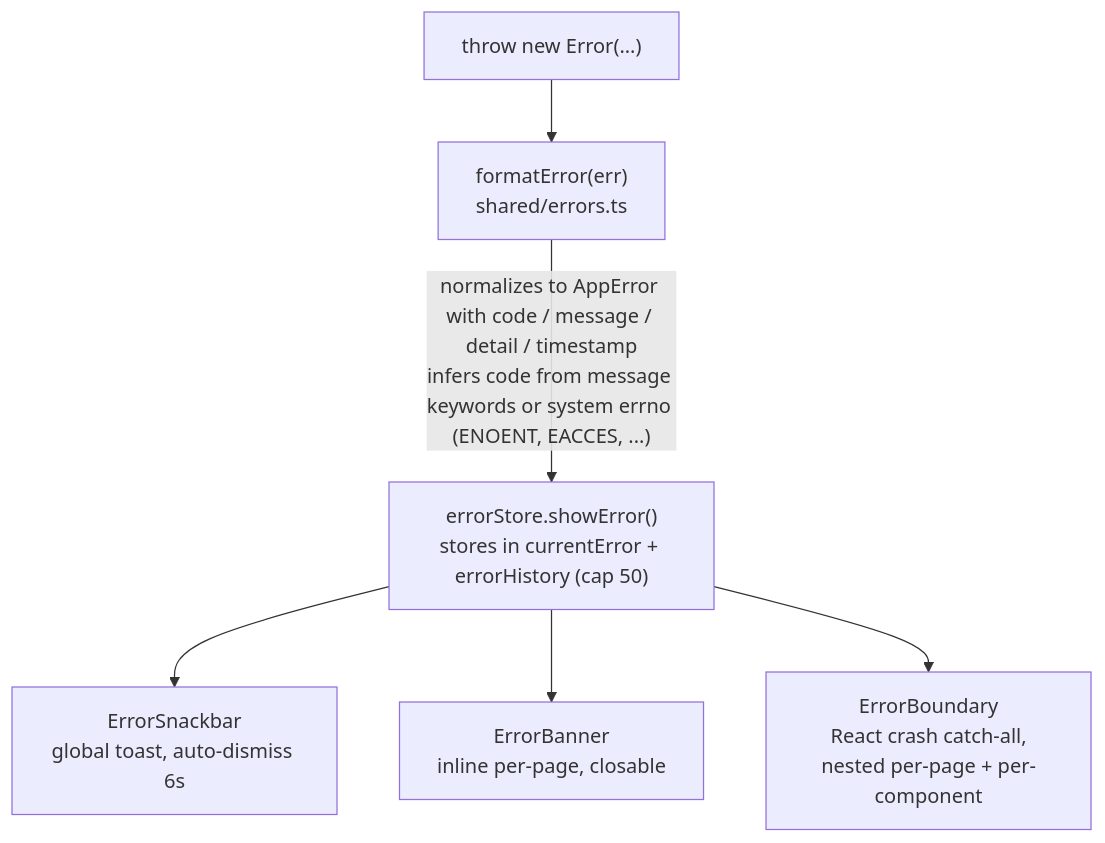
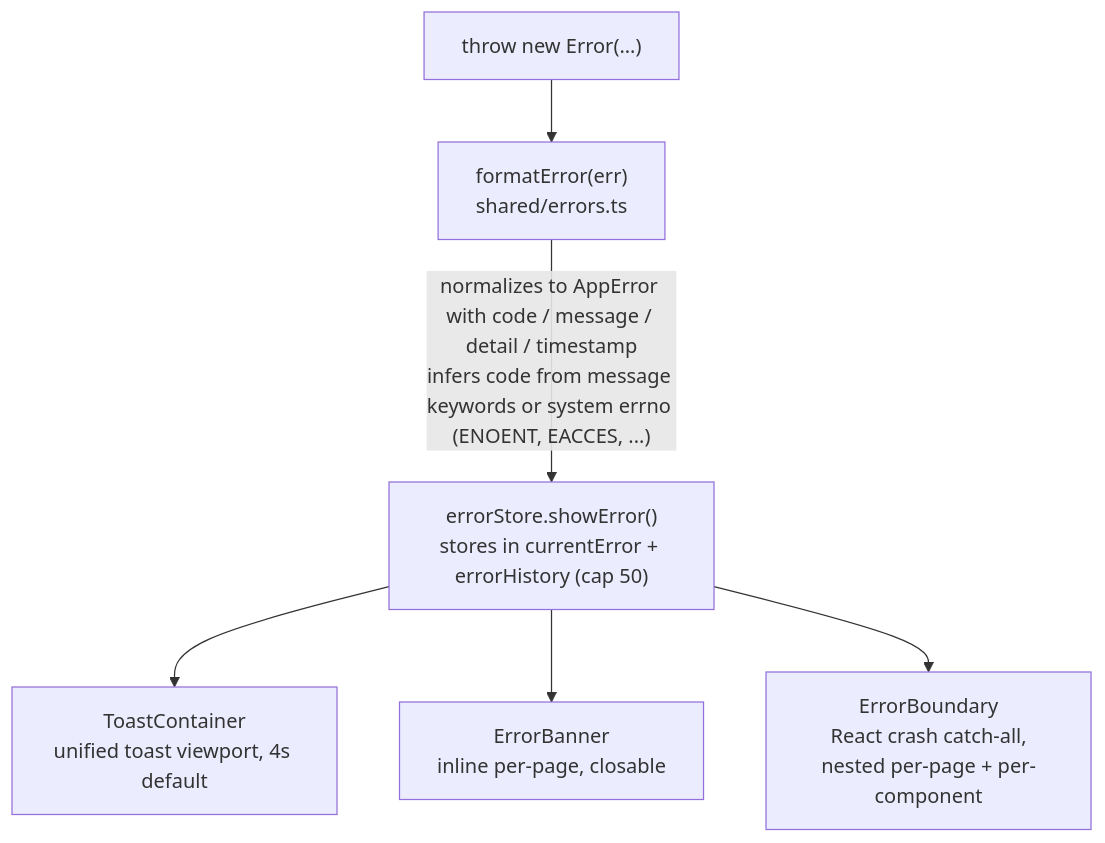
Before and after one commit to Sandeepv68/EncodeX: the first of 7 diagrams in docs/ARCHITECTURE_RENDERER.md, drawn with Mermaid. The commit also changed 254 other files, not shown here.

````diff
--- a/docs/ARCHITECTURE_RENDERER.md
+++ b/docs/ARCHITECTURE_RENDERER.md
@@ -125,8 +125,8 @@
 ```mermaid
 flowchart TD
     T["throw new Error(...)"] --> F["formatError(err)<br/>shared/errors.ts"]
     F -->|"normalizes to AppError with code / message / detail / timestamp<br/>infers code from message keywords or system errno (ENOENT, EACCES, ...)"| S["errorStore.showError()<br/>stores in currentError + errorHistory (cap 50)"]
-    S --> SN["ErrorSnackbar<br/>global toast, auto-dismiss 6s"]
+    S --> SN["ToastContainer<br/>unified toast viewport, 4s default"]
     S --> BA["ErrorBanner<br/>inline per-page, closable"]
     S --> BO["ErrorBoundary<br/>React crash catch-all,<br/>nested per-page + per-component"]
 ```
````
